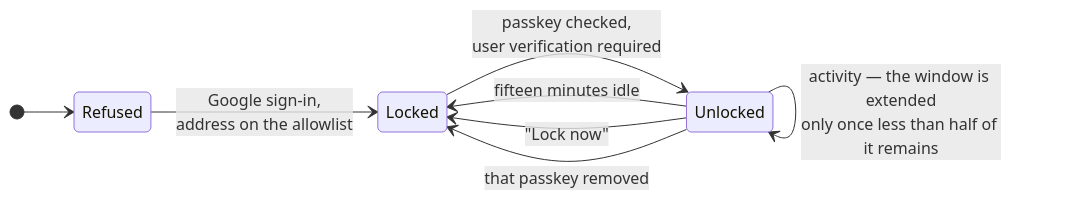
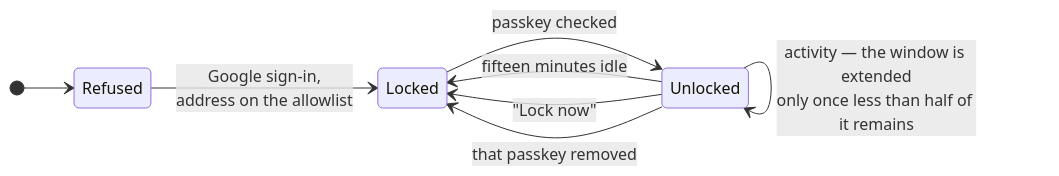
One commit to chethan123/portfolio changed the second of 4 diagrams in docs/security.md. Above: the diagram before and after it, drawn with Mermaid. The commit also changed other lines of this file, not shown here.

First line of the commit message:
Cut fifty lines of restatement, and make the stack diagram readable on a phone

````diff
--- a/docs/security.md
+++ b/docs/security.md
@@ -82,11 +73,11 @@
 ```mermaid
 stateDiagram-v2
     direction LR
     [*] --> Refused
     Refused --> Locked: Google sign-in,<br/>address on the allowlist
-    Locked --> Unlocked: passkey checked,<br/>user verification required
+    Locked --> Unlocked: passkey checked
     Unlocked --> Unlocked: activity — the window is extended<br/>only once less than half of it remains
     Unlocked --> Locked: fifteen minutes idle
     Unlocked --> Locked: "Lock now"
     Unlocked --> Locked: that passkey removed
 ```
````
